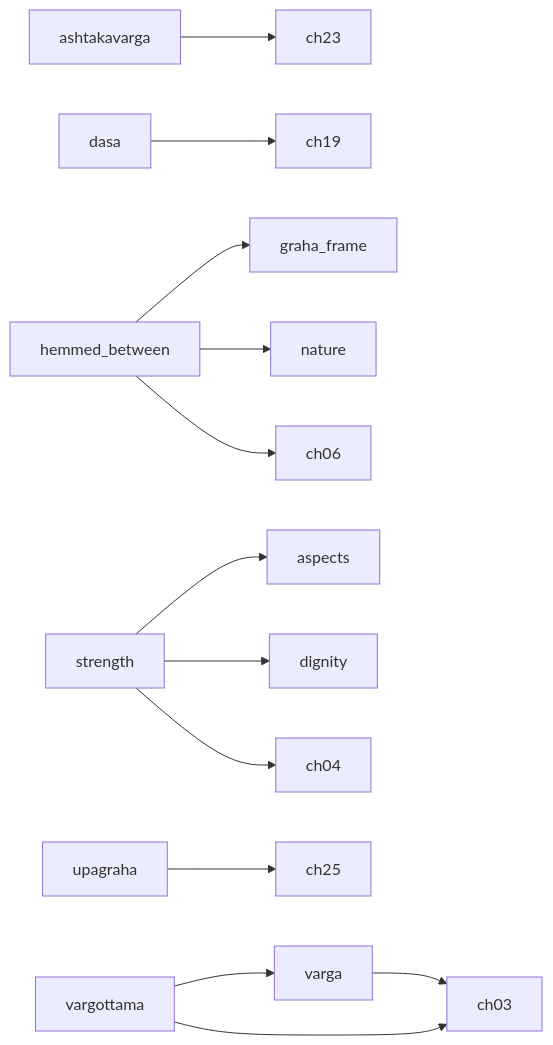
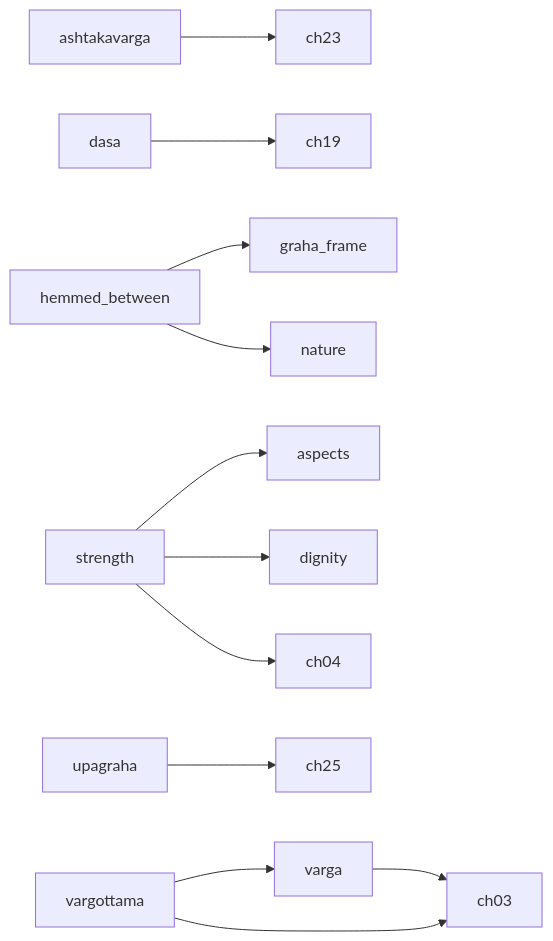
One commit to tarunrameshphotography/Vedic-AI changed the diagram in Reports/PHASE3_PLAN.md. Above: the diagram before and after it, drawn with Mermaid. The commit also changed other lines of this file and 5 other files, not shown here.

````diff
--- a/Reports/PHASE3_PLAN.md
+++ b/Reports/PHASE3_PLAN.md
@@ -34,15 +35,14 @@
 ```mermaid
 graph LR
   ashtakavarga --> ch23
   dasa --> ch19
   hemmed_between --> graha_frame
   hemmed_between --> nature
-  hemmed_between --> ch06
   strength --> aspects
   strength --> dignity
   strength --> ch04
   upagraha --> ch25
   varga --> ch03
   vargottama --> varga
   vargottama --> ch03
 ```
````
